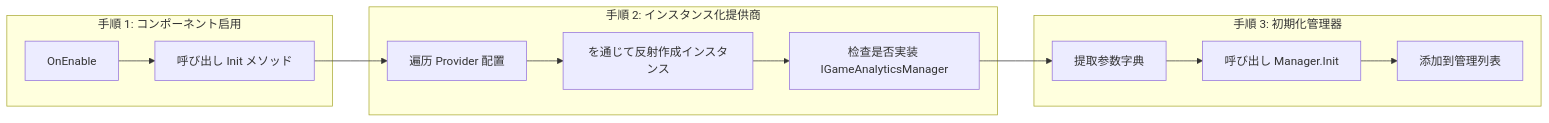
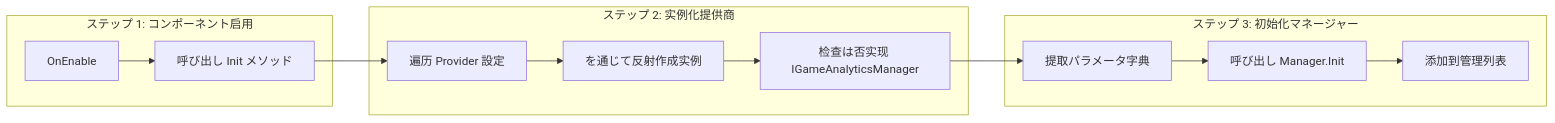
Before and after one commit to AlianBlank/GameFrameX.Docs: the fifth of 5 diagrams in docs/ja/client/unity/component/gameanalytics/04.features.md, drawn with Mermaid. The commit also changed other lines of this file and 320 other files, not shown here.

````diff
--- a/docs/ja/client/unity/component/gameanalytics/04.features.md
+++ b/docs/ja/client/unity/component/gameanalytics/04.features.md
@@ -217,19 +217,19 @@
 ```mermaid
 flowchart LR
-    subgraph Step1["手順 1: コンポーネント启用"]
+    subgraph Step1["ステップ 1: コンポーネント启用"]
         A1[OnEnable] --> A2[呼び出し Init メソッド]
     end
 
-    subgraph Step2["手順 2: インスタンス化提供商"]
-        B1[遍历 Provider 配置] --> B2[を通じて反射作成インスタンス]
-        B2 --> B3[检查是否実装 IGameAnalyticsManager]
+    subgraph Step2["ステップ 2: 实例化提供商"]
+        B1[遍历 Provider 設定] --> B2[を通じて反射作成实例]
+        B2 --> B3[检查は否实现 IGameAnalyticsManager]
     end
 
-    subgraph Step3["手順 3: 初期化管理器"]
-        C1[提取参数字典] --> C2[呼び出し Manager.Init]
+    subgraph Step3["ステップ 3: 初始化マネージャー"]
+        C1[提取パラメータ字典] --> C2[呼び出し Manager.Init]
         C2 --> C3[添加到管理列表]
     end
 
     A2 --> B1
     B3 --> C1
 ```
````
